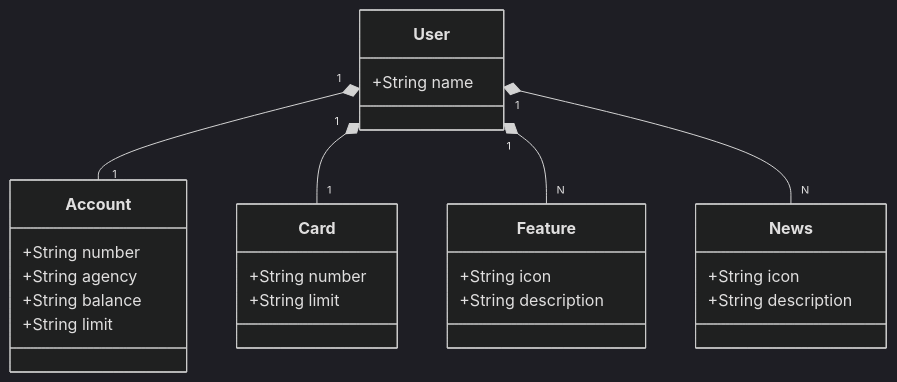
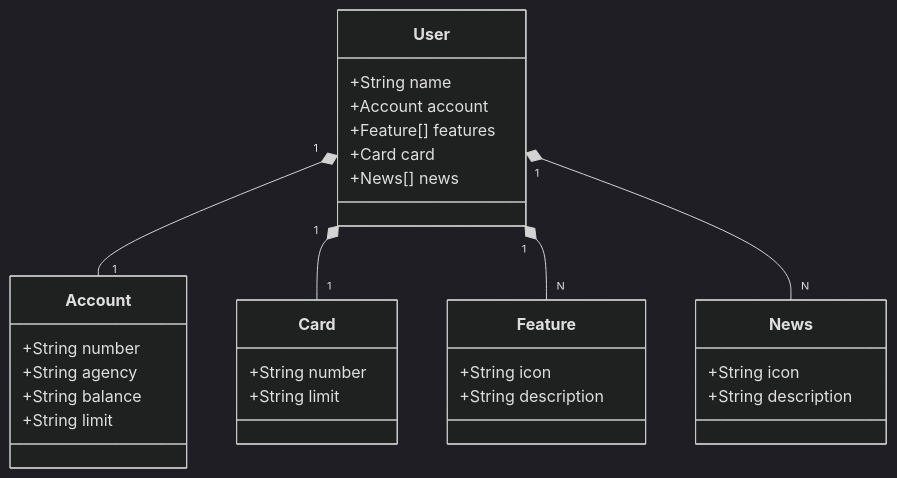
Before and after one commit to GabrielaOGomes/santander-dev-week: the diagram in README.md, drawn with Mermaid (dark theme).

````diff
--- a/README.md
+++ b/README.md
@@ -6,33 +6,37 @@
 ```mermaid
 classDiagram
   class User {
     +String name
+    +Account account
+    +Feature[] features
+    +Card card
+    +News[] news 
   }
 
   class Account {
     +String number
     +String agency
     +String balance
     +String limit
   }
 
   class Feature {
     +String icon
     +String description
   }
 
   class Card {
     +String number
     +String limit
   }
 
   class News {
     +String icon
     +String description
   }
 
   User "1" *-- "1" Account
   User "1" *-- "1" Card
   User "1" *-- "N" Feature
   User "1" *-- "N" News
 ```
````
